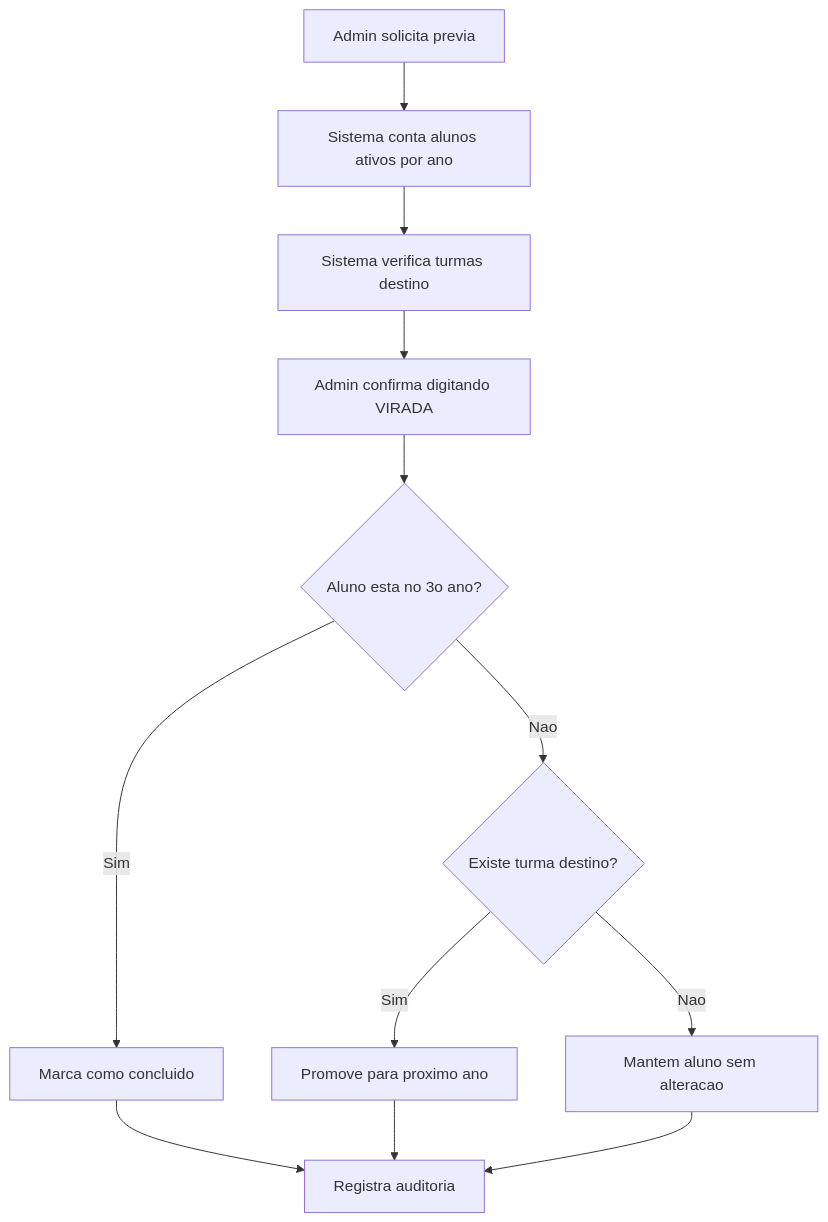
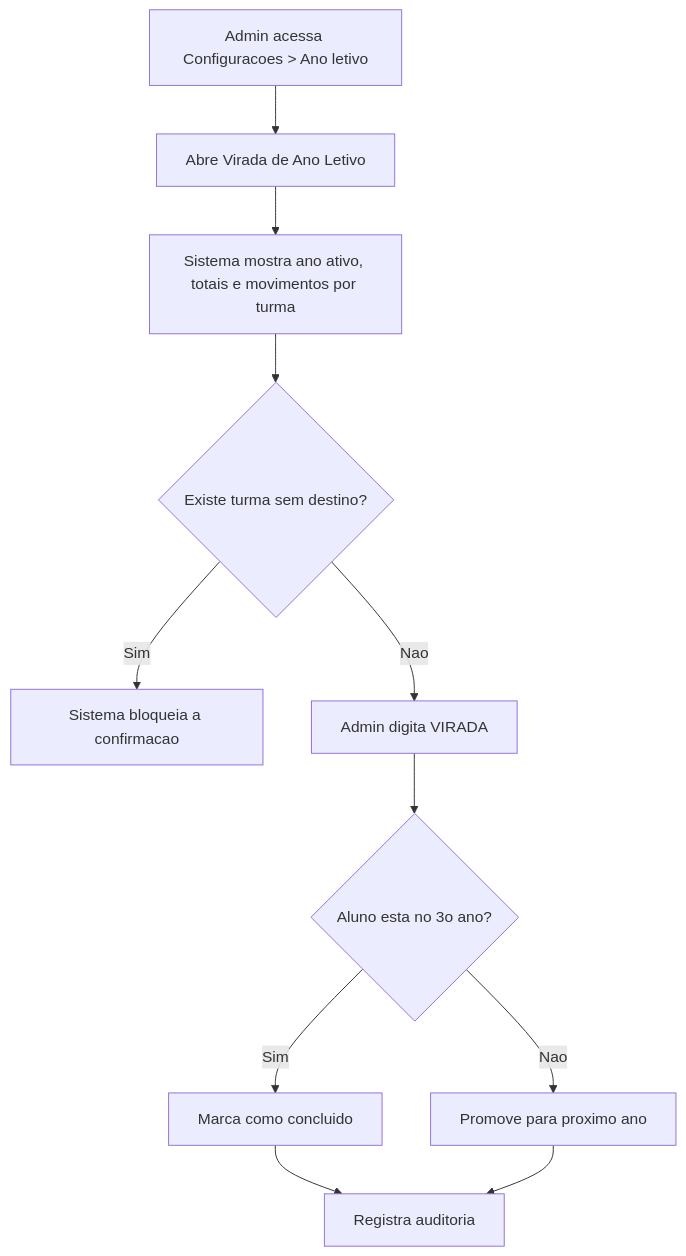
Before and after one commit to david1005/gestao-escolar-virgilio: the second of 5 diagrams in docs/documentacao-projeto.md, drawn with Mermaid. The commit also changed other lines of this file and 5 other files, not shown here.

Commit message:
Melhora fluxo de virada de ano letivo

````diff
--- a/docs/documentacao-projeto.md
+++ b/docs/documentacao-projeto.md
@@ -514,14 +514,13 @@
 ```mermaid
 flowchart TD
-    A["Admin solicita previa"] --> B["Sistema conta alunos ativos por ano"]
-    B --> C["Sistema verifica turmas destino"]
-    C --> D["Admin confirma digitando VIRADA"]
-    D --> E{"Aluno esta no 3o ano?"}
-    E -- "Sim" --> F["Marca como concluido"]
-    E -- "Nao" --> G{"Existe turma destino?"}
-    G -- "Sim" --> H["Promove para proximo ano"]
-    G -- "Nao" --> I["Mantem aluno sem alteracao"]
-    F --> J["Registra auditoria"]
-    H --> J
+    A["Admin acessa Configuracoes > Ano letivo"] --> B["Abre Virada de Ano Letivo"]
+    B --> C["Sistema mostra ano ativo, totais e movimentos por turma"]
+    C --> D{"Existe turma sem destino?"}
+    D -- "Sim" --> E["Sistema bloqueia a confirmacao"]
+    D -- "Nao" --> F["Admin digita VIRADA"]
+    F --> G{"Aluno esta no 3o ano?"}
+    G -- "Sim" --> H["Marca como concluido"]
+    G -- "Nao" --> I["Promove para proximo ano"]
+    H --> J["Registra auditoria"]
     I --> J
 ```
````
